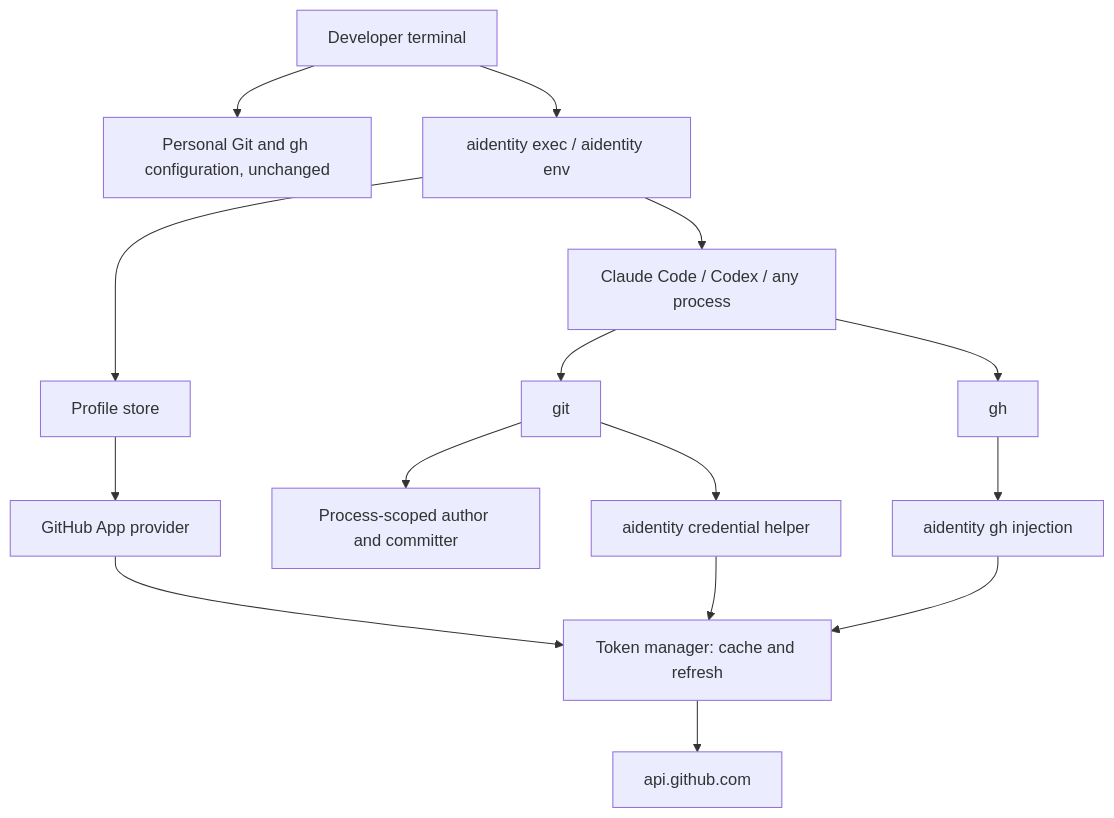
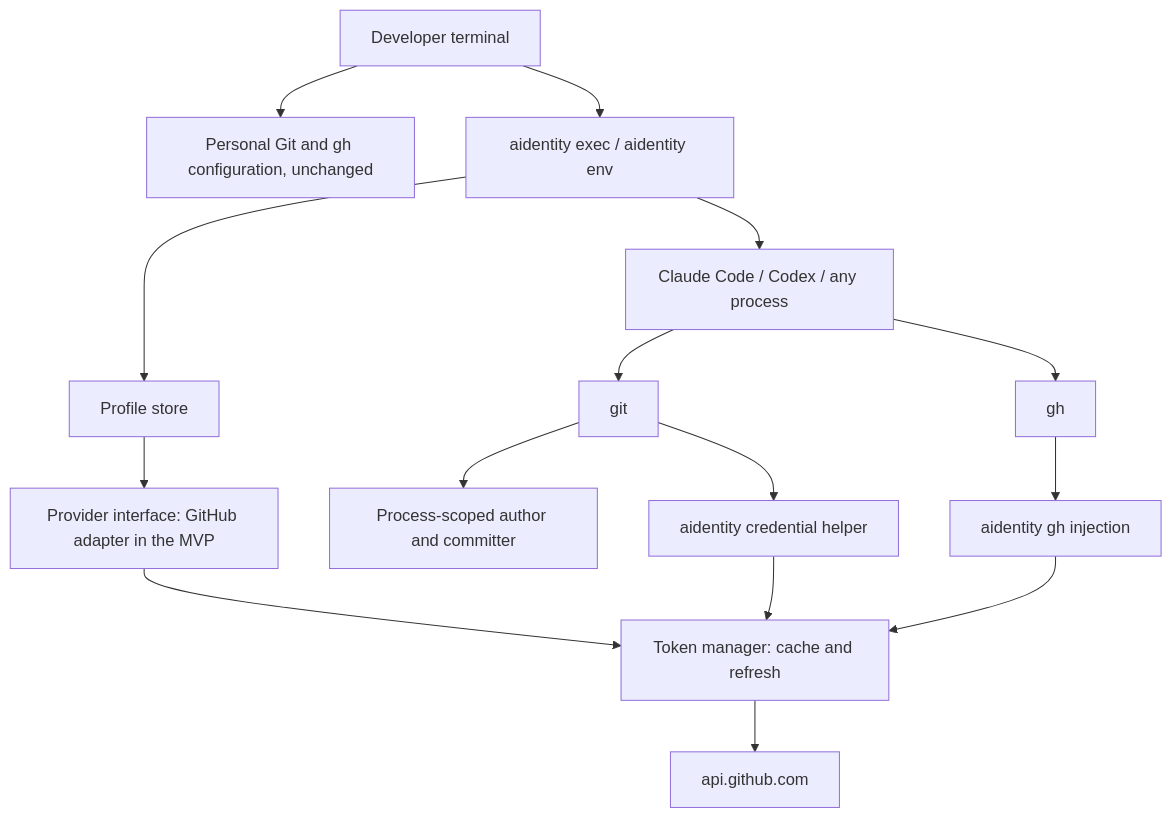
Before and after one commit to cultofthecode/agent-id: the diagram in ARCHITECTURE.md, drawn with Mermaid. The commit also changed other lines of this file, not shown here.

First line of the commit message:
docs(architecture): record the provider-abstraction ADR

````diff
--- a/ARCHITECTURE.md
+++ b/ARCHITECTURE.md
@@ -13,17 +13,17 @@
 ```mermaid
 flowchart TD
     Human[Developer terminal] --> Personal[Personal Git and gh configuration, unchanged]
     Human --> Runtime[aidentity exec / aidentity env]
     Runtime --> Agent[Claude Code / Codex / any process]
     Runtime --> Profile[Profile store]
-    Profile --> Provider[GitHub App provider]
+    Profile --> Provider[Provider interface: GitHub adapter in the MVP]
     Provider --> Tokens[Token manager: cache and refresh]
     Agent --> Git[git]
     Agent --> GH[gh]
     Git --> Identity[Process-scoped author and committer]
     Git --> Helper[aidentity credential helper]
     GH --> Wrapper[aidentity gh injection]
     Helper --> Tokens
     Wrapper --> Tokens
     Tokens --> GitHub[api.github.com]
 ```
````
